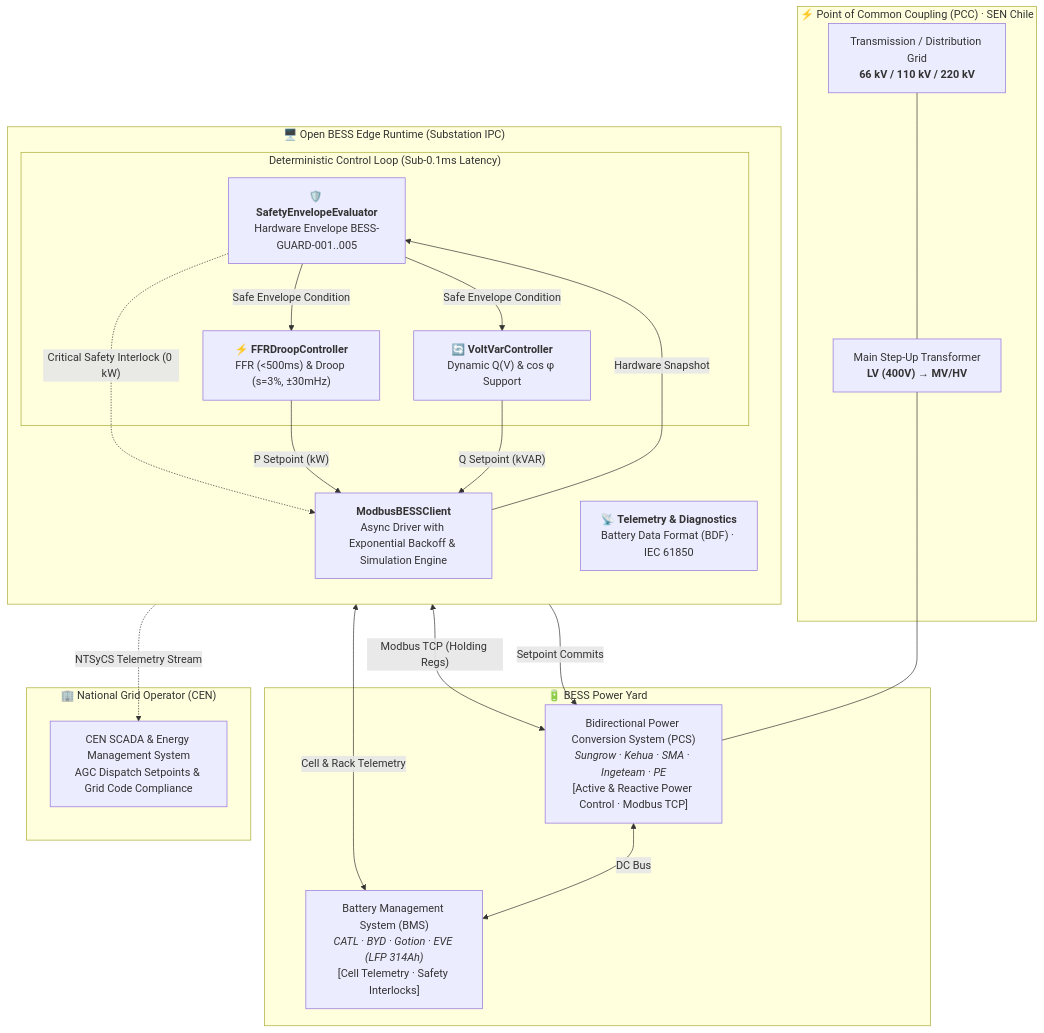
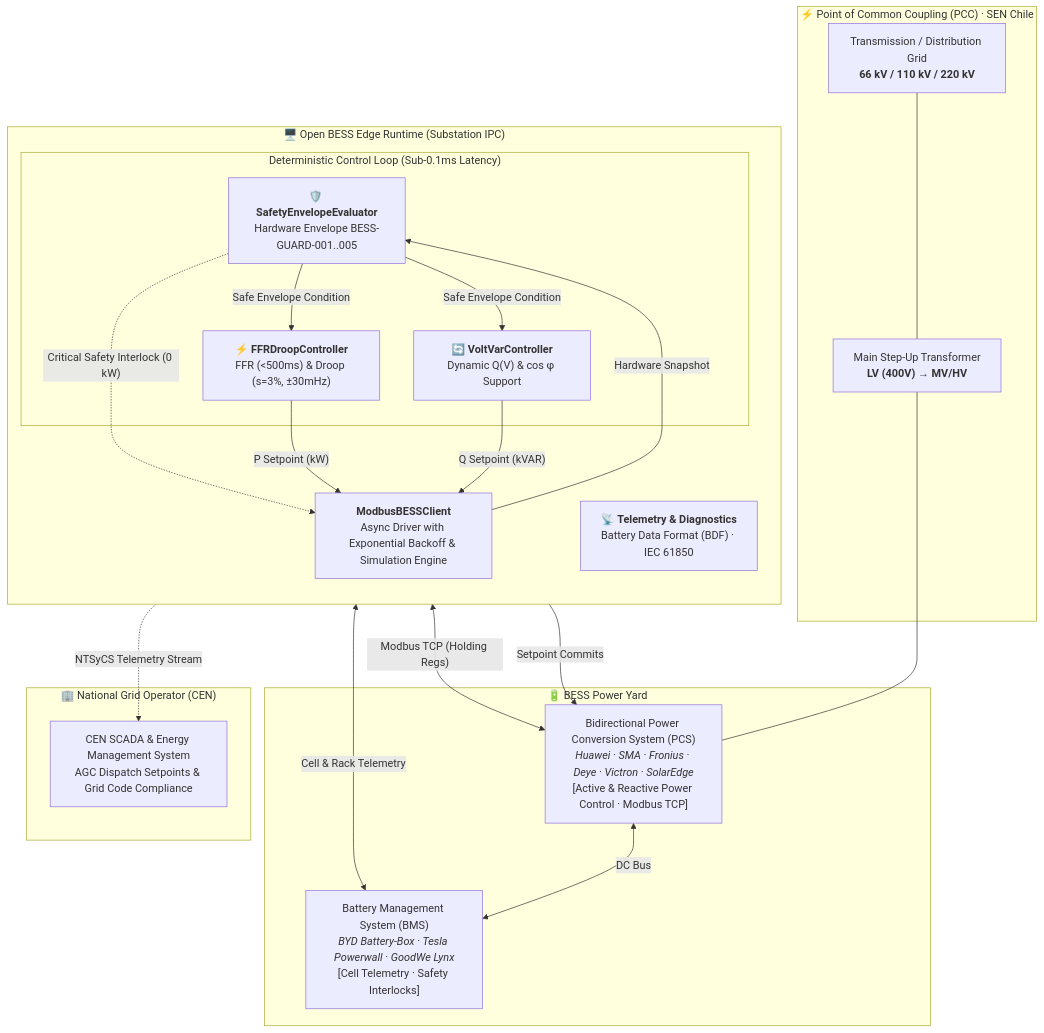
One commit to bess-solutions/open-bess-edge changed the first of 3 diagrams in README.en.md. Above: the diagram before and after it, drawn with Mermaid. The commit also changed other lines of this file and 27 other files, not shown here.

````diff
--- a/README.en.md
+++ b/README.en.md
@@ -32,46 +32,46 @@
 ```mermaid
 graph TB
     subgraph PCC ["⚡ Point of Common Coupling (PCC) · SEN Chile"]
         GRID["Transmission / Distribution Grid<br/><b>66 kV / 110 kV / 220 kV</b>"]
         TRF["Main Step-Up Transformer<br/><b>LV (400V) → MV/HV</b>"]
     end
 
     subgraph BESS_PLANT ["🔋 BESS Power Yard"]
-        PCS["Bidirectional Power Conversion System (PCS)<br/><i>Sungrow · Kehua · SMA · Ingeteam · PE</i><br/>[Active & Reactive Power Control · Modbus TCP]"]
-        BMS["Battery Management System (BMS)<br/><i>CATL · BYD · Gotion · EVE (LFP 314Ah)</i><br/>[Cell Telemetry · Safety Interlocks]"]
+        PCS["Bidirectional Power Conversion System (PCS)<br/><i>Huawei · SMA · Fronius · Deye · Victron · SolarEdge</i><br/>[Active & Reactive Power Control · Modbus TCP]"]
+        BMS["Battery Management System (BMS)<br/><i>BYD Battery-Box · Tesla Powerwall · GoodWe Lynx</i><br/>[Cell Telemetry · Safety Interlocks]"]
     end
 
     subgraph EDGE_GATEWAY ["🖥️ Open BESS Edge Runtime (Substation IPC)"]
         direction TB
         MB["<b>ModbusBESSClient</b><br/>Async Driver with Exponential Backoff & Simulation Engine"]
         
         subgraph ENGINES ["Deterministic Control Loop (Sub-0.1ms Latency)"]
             GUARD["🛡️ <b>SafetyEnvelopeEvaluator</b><br/>Hardware Envelope BESS-GUARD-001..005"]
             FFR["⚡ <b>FFRDroopController</b><br/>FFR (<500ms) & Droop (s=3%, ±30mHz)"]
             VV["🔄 <b>VoltVarController</b><br/>Dynamic Q(V) & cos φ Support"]
         end
 
         TELEMETRY["📡 <b>Telemetry & Diagnostics</b><br/>Battery Data Format (BDF) · IEC 61850"]
     end
 
     subgraph SCADA_CEN ["🏢 National Grid Operator (CEN)"]
         CEN_SCADA["CEN SCADA & Energy Management System<br/>AGC Dispatch Setpoints & Grid Code Compliance"]
     end
 
     GRID --- TRF --- PCS
     PCS <-->|"DC Bus"| BMS
 
     PCS <-->|"Modbus TCP (Holding Regs)"| MB
     BMS <-->|"Cell & Rack Telemetry"| MB
 
     MB -->|"Hardware Snapshot"| GUARD
     GUARD -->|"Safe Envelope Condition"| FFR
     GUARD -->|"Safe Envelope Condition"| VV
     GUARD -.->|"Critical Safety Interlock (0 kW)"| MB
 
     FFR -->|"P Setpoint (kW)"| MB
     VV -->|"Q Setpoint (kVAR)"| MB
     MB -->|"Setpoint Commits"| PCS
 
     EDGE_GATEWAY -.->|"NTSyCS Telemetry Stream"| CEN_SCADA
 ```
````
